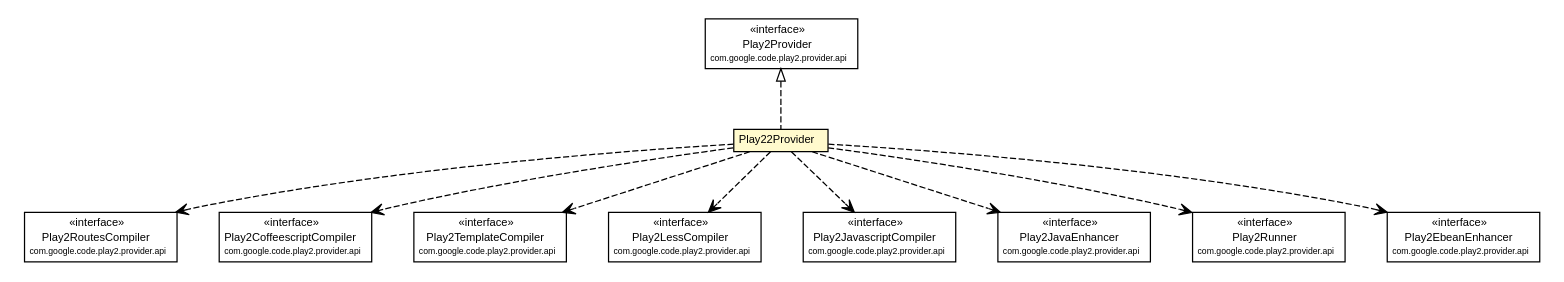
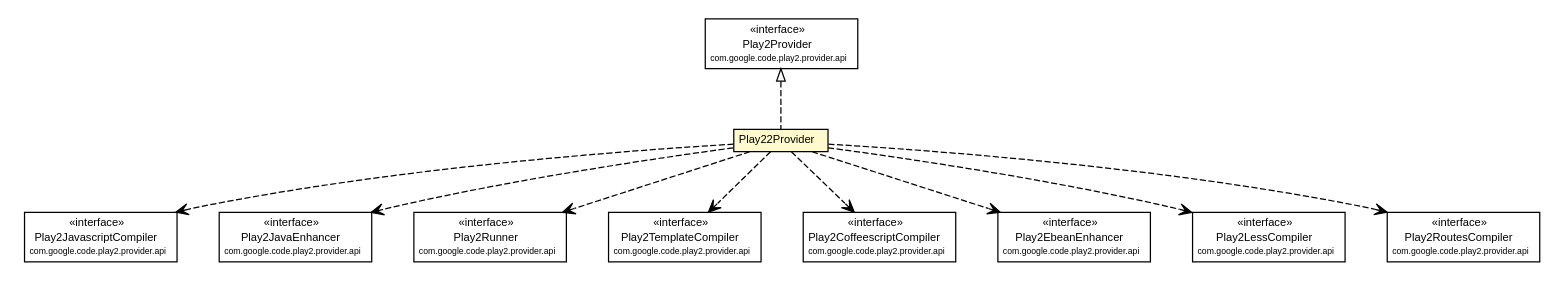
One commit to play2-maven-plugin/play2-maven-plugin.github.io changed the diagram in play2-maven-plugin/1.0.0-beta5-SNAPSHOT/play2-providers/play2-provider-play22/apidocs/com/google/code/play2/provider/play22/Play22Provider.dot. Above: the diagram before and after it, drawn with Graphviz. The commit also changed 309 other files, not shown here.

```diff
--- a/play2-maven-plugin/1.0.0-beta5-SNAPSHOT/play2-providers/play2-provider-play22/apidocs/com/google/code/play2/provider/play22/Play22Provider.dot
+++ b/play2-maven-plugin/1.0.0-beta5-SNAPSHOT/play2-providers/play2-provider-play22/apidocs/com/google/code/play2/provider/play22/Play22Provider.dot
@@ -1,108 +1,108 @@
 #!/usr/local/bin/dot
 #
 # Class diagram 
 # Generated by UMLGraph version R5_6-24-gf6e263 (http://www.umlgraph.org/)
 #
 
 digraph G {
 	edge [fontname="arial",fontsize=10,labelfontname="arial",labelfontsize=10];
 	node [fontname="arial",fontsize=10,shape=plaintext];
 	nodesep=0.25;
 	ranksep=0.5;
 	// com.google.code.play2.provider.play22.Play22Provider
 	c189 [label=<<table title="com.google.code.play2.provider.play22.Play22Provider" border="0" cellborder="1" cellspacing="0" cellpadding="2" port="p" bgcolor="lemonChiffon" href="./Play22Provider.html">
 		<tr><td><table border="0" cellspacing="0" cellpadding="1">
 <tr><td align="center" balign="center"> Play22Provider </td></tr>
 		</table></td></tr>
 		</table>>, URL="./Play22Provider.html", fontname="arial", fontcolor="black", fontsize=9.0];
 	//com.google.code.play2.provider.play22.Play22Provider implements com.google.code.play2.provider.api.Play2Provider
 	c198:p -> c189:p [dir=back,arrowtail=empty,style=dashed];
+	// com.google.code.play2.provider.play22.Play22Provider DEPEND com.google.code.play2.provider.api.Play2JavascriptCompiler
+	c189:p -> c199:p [taillabel="", label="", headlabel="", fontname="arial", fontcolor="black", fontsize=10.0, color="black", arrowhead=open, style=dashed];
+	// com.google.code.play2.provider.play22.Play22Provider DEPEND com.google.code.play2.provider.api.Play2JavaEnhancer
+	c189:p -> c200:p [taillabel="", label="", headlabel="", fontname="arial", fontcolor="black", fontsize=10.0, color="black", arrowhead=open, style=dashed];
+	// com.google.code.play2.provider.play22.Play22Provider DEPEND com.google.code.play2.provider.api.Play2Runner
+	c189:p -> c201:p [taillabel="", label="", headlabel="", fontname="arial", fontcolor="black", fontsize=10.0, color="black", arrowhead=open, style=dashed];
+	// com.google.code.play2.provider.play22.Play22Provider DEPEND com.google.code.play2.provider.api.Play2TemplateCompiler
+	c189:p -> c202:p [taillabel="", label="", headlabel="", fontname="arial", fontcolor="black", fontsize=10.0, color="black", arrowhead=open, style=dashed];
+	// com.google.code.play2.provider.play22.Play22Provider DEPEND com.google.code.play2.provider.api.Play2CoffeescriptCompiler
+	c189:p -> c203:p [taillabel="", label="", headlabel="", fontname="arial", fontcolor="black", fontsize=10.0, color="black", arrowhead=open, style=dashed];
+	// com.google.code.play2.provider.play22.Play22Provider DEPEND com.google.code.play2.provider.api.Play2EbeanEnhancer
+	c189:p -> c204:p [taillabel="", label="", headlabel="", fontname="arial", fontcolor="black", fontsize=10.0, color="black", arrowhead=open, style=dashed];
+	// com.google.code.play2.provider.play22.Play22Provider DEPEND com.google.code.play2.provider.api.Play2LessCompiler
+	c189:p -> c205:p [taillabel="", label="", headlabel="", fontname="arial", fontcolor="black", fontsize=10.0, color="black", arrowhead=open, style=dashed];
 	// com.google.code.play2.provider.play22.Play22Provider DEPEND com.google.code.play2.provider.api.Play2RoutesCompiler
-	c189:p -> c199:p [taillabel="", label="", headlabel="", fontname="arial", fontcolor="black", fontsize=10.0, color="black", arrowhead=open, style=dashed];
-	// com.google.code.play2.provider.play22.Play22Provider DEPEND com.google.code.play2.provider.api.Play2CoffeescriptCompiler
-	c189:p -> c200:p [taillabel="", label="", headlabel="", fontname="arial", fontcolor="black", fontsize=10.0, color="black", arrowhead=open, style=dashed];
-	// com.google.code.play2.provider.play22.Play22Provider DEPEND com.google.code.play2.provider.api.Play2TemplateCompiler
-	c189:p -> c201:p [taillabel="", label="", headlabel="", fontname="arial", fontcolor="black", fontsize=10.0, color="black", arrowhead=open, style=dashed];
-	// com.google.code.play2.provider.play22.Play22Provider DEPEND com.google.code.play2.provider.api.Play2LessCompiler
-	c189:p -> c202:p [taillabel="", label="", headlabel="", fontname="arial", fontcolor="black", fontsize=10.0, color="black", arrowhead=open, style=dashed];
-	// com.google.code.play2.provider.play22.Play22Provider DEPEND com.google.code.play2.provider.api.Play2JavascriptCompiler
-	c189:p -> c203:p [taillabel="", label="", headlabel="", fontname="arial", fontcolor="black", fontsize=10.0, color="black", arrowhead=open, style=dashed];
-	// com.google.code.play2.provider.play22.Play22Provider DEPEND com.google.code.play2.provider.api.Play2JavaEnhancer
-	c189:p -> c204:p [taillabel="", label="", headlabel="", fontname="arial", fontcolor="black", fontsize=10.0, color="black", arrowhead=open, style=dashed];
-	// com.google.code.play2.provider.play22.Play22Provider DEPEND com.google.code.play2.provider.api.Play2Runner
-	c189:p -> c205:p [taillabel="", label="", headlabel="", fontname="arial", fontcolor="black", fontsize=10.0, color="black", arrowhead=open, style=dashed];
-	// com.google.code.play2.provider.play22.Play22Provider DEPEND com.google.code.play2.provider.api.Play2EbeanEnhancer
 	c189:p -> c206:p [taillabel="", label="", headlabel="", fontname="arial", fontcolor="black", fontsize=10.0, color="black", arrowhead=open, style=dashed];
 	// com.google.code.play2.provider.api.Play2Provider
 	c198 [label=<<table title="com.google.code.play2.provider.api.Play2Provider" border="0" cellborder="1" cellspacing="0" cellpadding="2" port="p">
 		<tr><td><table border="0" cellspacing="0" cellpadding="1">
 <tr><td align="center" balign="center"> &#171;interface&#187; </td></tr>
 <tr><td align="center" balign="center"> Play2Provider </td></tr>
 <tr><td align="center" balign="center"><font point-size="7.0"> com.google.code.play2.provider.api </font></td></tr>
 		</table></td></tr>
 		</table>>, URL="null", fontname="arial", fontcolor="black", fontsize=9.0];
 	// com.google.code.play2.provider.api.Play2RoutesCompiler
-	c199 [label=<<table title="com.google.code.play2.provider.api.Play2RoutesCompiler" border="0" cellborder="1" cellspacing="0" cellpadding="2" port="p">
+	c206 [label=<<table title="com.google.code.play2.provider.api.Play2RoutesCompiler" border="0" cellborder="1" cellspacing="0" cellpadding="2" port="p">
 		<tr><td><table border="0" cellspacing="0" cellpadding="1">
 <tr><td align="center" balign="center"> &#171;interface&#187; </td></tr>
 <tr><td align="center" balign="center"> Play2RoutesCompiler </td></tr>
 <tr><td align="center" balign="center"><font point-size="7.0"> com.google.code.play2.provider.api </font></td></tr>
 		</table></td></tr>
 		</table>>, URL="null", fontname="arial", fontcolor="black", fontsize=9.0];
 	// com.google.code.play2.provider.api.Play2LessCompiler
-	c202 [label=<<table title="com.google.code.play2.provider.api.Play2LessCompiler" border="0" cellborder="1" cellspacing="0" cellpadding="2" port="p">
+	c205 [label=<<table title="com.google.code.play2.provider.api.Play2LessCompiler" border="0" cellborder="1" cellspacing="0" cellpadding="2" port="p">
 		<tr><td><table border="0" cellspacing="0" cellpadding="1">
 <tr><td align="center" balign="center"> &#171;interface&#187; </td></tr>
 <tr><td align="center" balign="center"> Play2LessCompiler </td></tr>
 <tr><td align="center" balign="center"><font point-size="7.0"> com.google.code.play2.provider.api </font></td></tr>
 		</table></td></tr>
 		</table>>, URL="null", fontname="arial", fontcolor="black", fontsize=9.0];
 	// com.google.code.play2.provider.api.Play2TemplateCompiler
-	c201 [label=<<table title="com.google.code.play2.provider.api.Play2TemplateCompiler" border="0" cellborder="1" cellspacing="0" cellpadding="2" port="p">
+	c202 [label=<<table title="com.google.code.play2.provider.api.Play2TemplateCompiler" border="0" cellborder="1" cellspacing="0" cellpadding="2" port="p">
 		<tr><td><table border="0" cellspacing="0" cellpadding="1">
 <tr><td align="center" balign="center"> &#171;interface&#187; </td></tr>
 <tr><td align="center" balign="center"> Play2TemplateCompiler </td></tr>
 <tr><td align="center" balign="center"><font point-size="7.0"> com.google.code.play2.provider.api </font></td></tr>
 		</table></td></tr>
 		</table>>, URL="null", fontname="arial", fontcolor="black", fontsize=9.0];
 	// com.google.code.play2.provider.api.Play2CoffeescriptCompiler
-	c200 [label=<<table title="com.google.code.play2.provider.api.Play2CoffeescriptCompiler" border="0" cellborder="1" cellspacing="0" cellpadding="2" port="p">
+	c203 [label=<<table title="com.google.code.play2.provider.api.Play2CoffeescriptCompiler" border="0" cellborder="1" cellspacing="0" cellpadding="2" port="p">
 		<tr><td><table border="0" cellspacing="0" cellpadding="1">
 <tr><td align="center" balign="center"> &#171;interface&#187; </td></tr>
 <tr><td align="center" balign="center"> Play2CoffeescriptCompiler </td></tr>
 <tr><td align="center" balign="center"><font point-size="7.0"> com.google.code.play2.provider.api </font></td></tr>
 		</table></td></tr>
 		</table>>, URL="null", fontname="arial", fontcolor="black", fontsize=9.0];
 	// com.google.code.play2.provider.api.Play2EbeanEnhancer
-	c206 [label=<<table title="com.google.code.play2.provider.api.Play2EbeanEnhancer" border="0" cellborder="1" cellspacing="0" cellpadding="2" port="p">
+	c204 [label=<<table title="com.google.code.play2.provider.api.Play2EbeanEnhancer" border="0" cellborder="1" cellspacing="0" cellpadding="2" port="p">
 		<tr><td><table border="0" cellspacing="0" cellpadding="1">
 <tr><td align="center" balign="center"> &#171;interface&#187; </td></tr>
 <tr><td align="center" balign="center"> Play2EbeanEnhancer </td></tr>
 <tr><td align="center" balign="center"><font point-size="7.0"> com.google.code.play2.provider.api </font></td></tr>
 		</table></td></tr>
 		</table>>, URL="null", fontname="arial", fontcolor="black", fontsize=9.0];
 	// com.google.code.play2.provider.api.Play2JavascriptCompiler
-	c203 [label=<<table title="com.google.code.play2.provider.api.Play2JavascriptCompiler" border="0" cellborder="1" cellspacing="0" cellpadding="2" port="p">
+	c199 [label=<<table title="com.google.code.play2.provider.api.Play2JavascriptCompiler" border="0" cellborder="1" cellspacing="0" cellpadding="2" port="p">
 		<tr><td><table border="0" cellspacing="0" cellpadding="1">
 <tr><td align="center" balign="center"> &#171;interface&#187; </td></tr>
 <tr><td align="center" balign="center"> Play2JavascriptCompiler </td></tr>
 <tr><td align="center" balign="center"><font point-size="7.0"> com.google.code.play2.provider.api </font></td></tr>
 		</table></td></tr>
 		</table>>, URL="null", fontname="arial", fontcolor="black", fontsize=9.0];
 	// com.google.code.play2.provider.api.Play2JavaEnhancer
-	c204 [label=<<table title="com.google.code.play2.provider.api.Play2JavaEnhancer" border="0" cellborder="1" cellspacing="0" cellpadding="2" port="p">
+	c200 [label=<<table title="com.google.code.play2.provider.api.Play2JavaEnhancer" border="0" cellborder="1" cellspacing="0" cellpadding="2" port="p">
 		<tr><td><table border="0" cellspacing="0" cellpadding="1">
 <tr><td align="center" balign="center"> &#171;interface&#187; </td></tr>
 <tr><td align="center" balign="center"> Play2JavaEnhancer </td></tr>
 <tr><td align="center" balign="center"><font point-size="7.0"> com.google.code.play2.provider.api </font></td></tr>
 		</table></td></tr>
 		</table>>, URL="null", fontname="arial", fontcolor="black", fontsize=9.0];
 	// com.google.code.play2.provider.api.Play2Runner
-	c205 [label=<<table title="com.google.code.play2.provider.api.Play2Runner" border="0" cellborder="1" cellspacing="0" cellpadding="2" port="p">
+	c201 [label=<<table title="com.google.code.play2.provider.api.Play2Runner" border="0" cellborder="1" cellspacing="0" cellpadding="2" port="p">
 		<tr><td><table border="0" cellspacing="0" cellpadding="1">
 <tr><td align="center" balign="center"> &#171;interface&#187; </td></tr>
 <tr><td align="center" balign="center"> Play2Runner </td></tr>
 <tr><td align="center" balign="center"><font point-size="7.0"> com.google.code.play2.provider.api </font></td></tr>
 		</table></td></tr>
 		</table>>, URL="null", fontname="arial", fontcolor="black", fontsize=9.0];
 }
```
